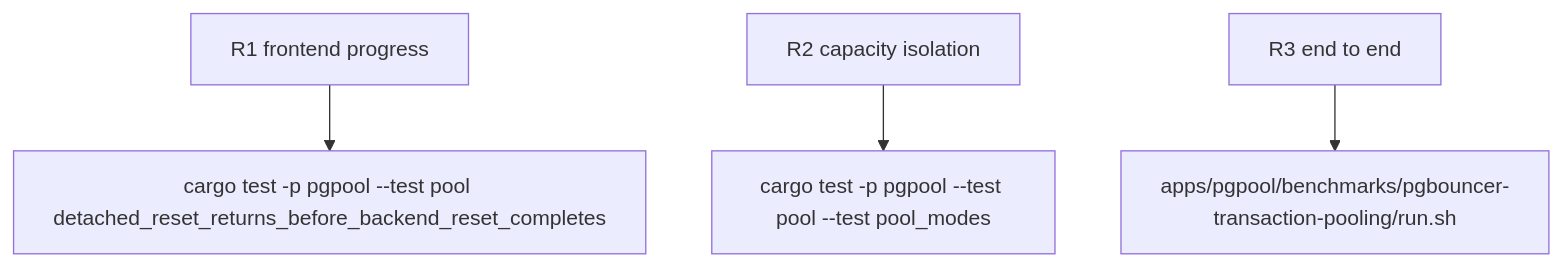
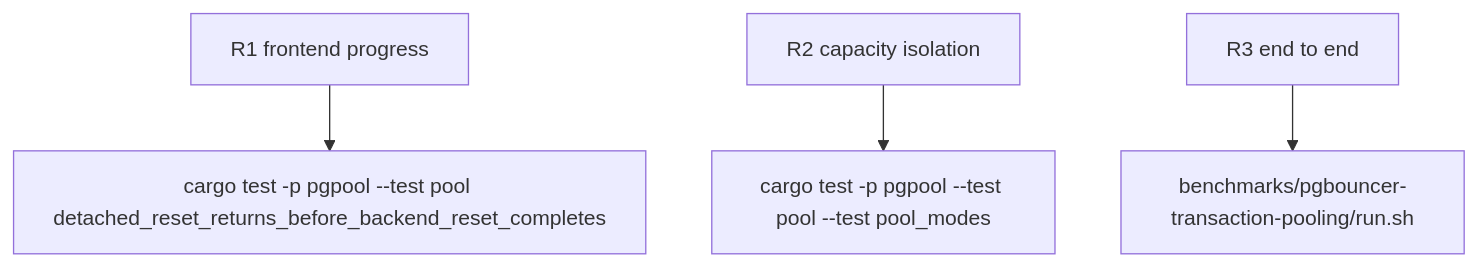
One commit to faberline/pgpool changed the second of 2 diagrams in tech-design/logic/p0-detach-backend-reset-from-transaction-frontend-path.md. Above: the diagram before and after it, drawn with Mermaid. The commit also changed other lines of this file and 120 other files, not shown here.

````diff
--- a/tech-design/logic/p0-detach-backend-reset-from-transaction-frontend-path.md
+++ b/tech-design/logic/p0-detach-backend-reset-from-transaction-frontend-path.md
@@ -73,28 +73,28 @@
 ```mermaid
 ---
 id: pgpool-detached-reset-verification
 requirements:
   capacity_isolation:
     id: R2
     text: "A resetting backend retains its permit, is never idle or reusable before successful reset, and reset error or task cancellation releases capacity exactly once."
     kind: regression
     risk: high
     verify: cargo test -p pgpool --test pool --test pool_modes
   end_to_end:
     id: R3
     text: "Transaction mode preserves reset isolation, cap, and no client errors in the immutable benchmark."
     kind: e2e
     risk: high
-    verify: apps/pgpool/benchmarks/pgbouncer-transaction-pooling/run.sh
+    verify: benchmarks/pgbouncer-transaction-pooling/run.sh
   frontend_progress:
     id: R1
     text: "Returning a transaction backend schedules its reset and returns before a deliberately delayed DISCARD ALL response, so the frontend path is not reset-bound."
     kind: regression
     risk: high
     verify: cargo test -p pgpool --test pool detached_reset_returns_before_backend_reset_completes
 ---
 flowchart TD
     r1[R1 frontend progress] --> cargo_test_p_pgpool_test_pool_detached_reset_returns_before_backend_reset_completes[cargo test -p pgpool --test pool detached_reset_returns_before_backend_reset_completes]
     r2[R2 capacity isolation] --> cargo_test_p_pgpool_test_pool_test_pool_modes[cargo test -p pgpool --test pool --test pool_modes]
-    r3[R3 end to end] --> apps_pgpool_benchmarks_pgbouncer_transaction_pooling_run_sh[apps/pgpool/benchmarks/pgbouncer-transaction-pooling/run.sh]
+    r3[R3 end to end] --> apps_pgpool_benchmarks_pgbouncer_transaction_pooling_run_sh[benchmarks/pgbouncer-transaction-pooling/run.sh]
 ```
````
